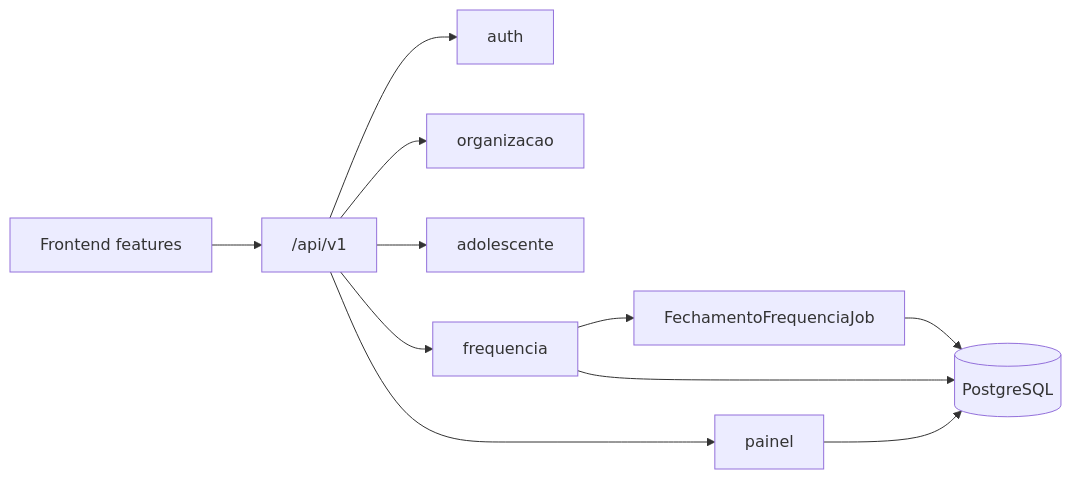
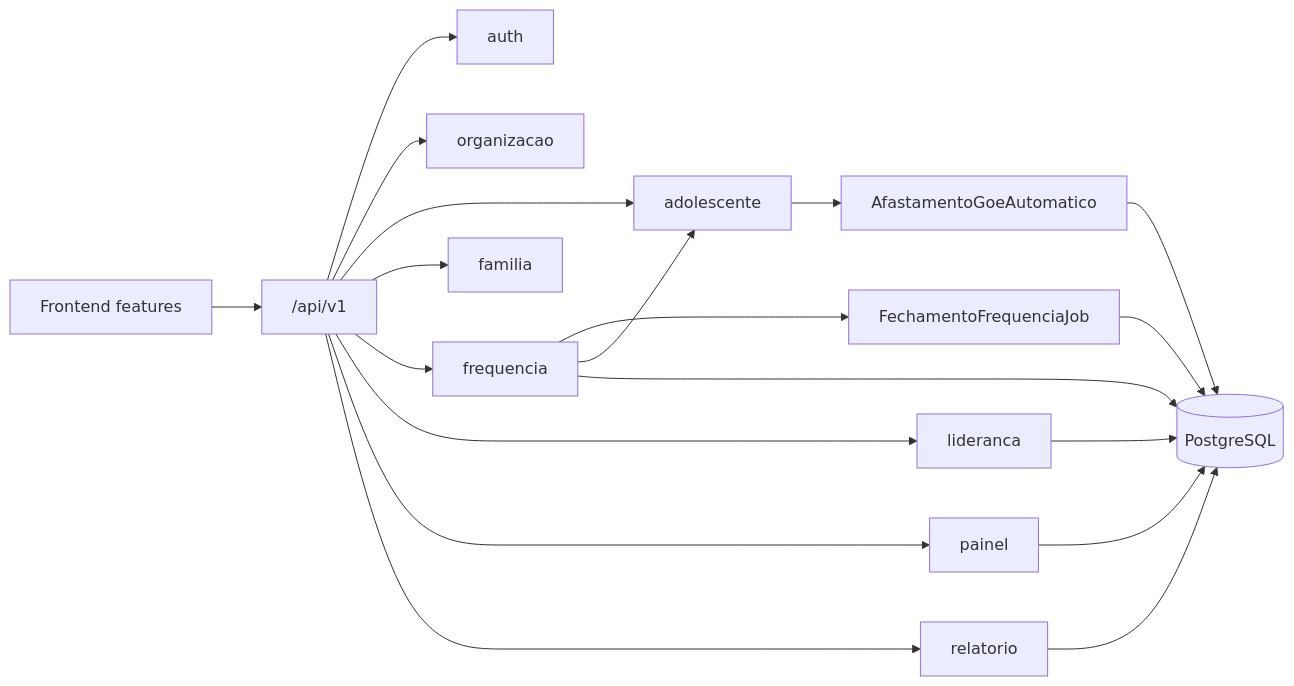
Before and after one commit to apontes77/sgd: the diagram in docs/07-arquitetura.md, drawn with Mermaid. The commit also changed other lines of this file and 8 other files, not shown here.

First line of the commit message:
docs: alinhar liderança/OpenAPI, desempenho e afastamento GOE

````diff
--- a/docs/07-arquitetura.md
+++ b/docs/07-arquitetura.md
@@ -64,13 +67,21 @@
 ```mermaid
 flowchart LR
   UI[Frontend features] --> API["/api/v1"]
   API --> Auth[auth]
   API --> Org[organizacao]
   API --> Adol[adolescente]
+  API --> Fam[familia]
   API --> Freq[frequencia]
+  API --> Lid[lideranca]
   API --> Painel[painel]
+  API --> Rel[relatorio]
   Freq --> Job[FechamentoFrequenciaJob]
+  Freq --> Adol
+  Adol --> GoeBoot[AfastamentoGoeAutomatico]
   Job --> DB[(PostgreSQL)]
   Freq --> DB
+  Lid --> DB
   Painel --> DB
+  Rel --> DB
+  GoeBoot --> DB
 ```
````
